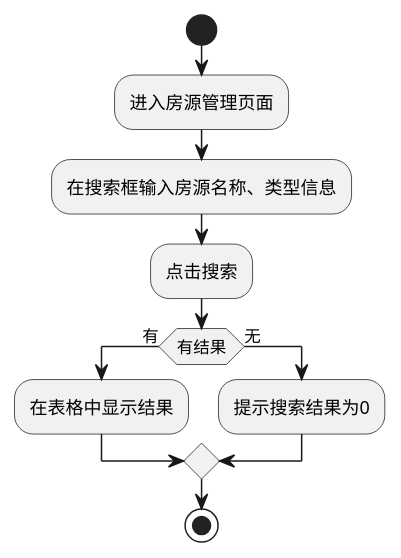
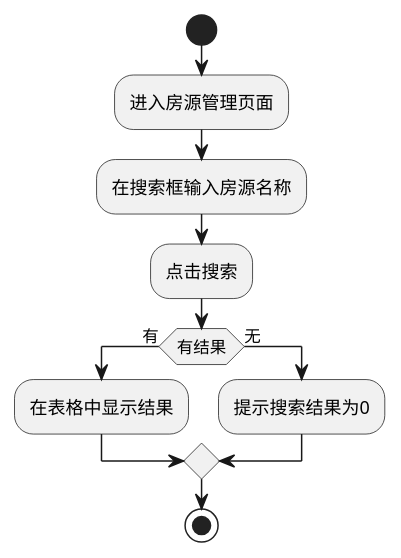
One commit to grimesapple/springGarden changed the diagram in resource/活动图/查找房源活动图.puml. Above: the diagram before and after it, drawn with PlantUML. The commit also changed 52 other files, not shown here.

```diff
--- a/resource/活动图/查找房源活动图.puml
+++ b/resource/活动图/查找房源活动图.puml
@@ -1,16 +1,16 @@
 @startuml
 
 
 start
 :进入房源管理页面;
-:在搜索框输入房源名称、类型信息;
+:在搜索框输入房源名称;
 :点击搜索;
 if (有结果) then (有)
   :在表格中显示结果;
 else (无)
   :提示搜索结果为0;
 endif
 
 stop
 
 @enduml
```
